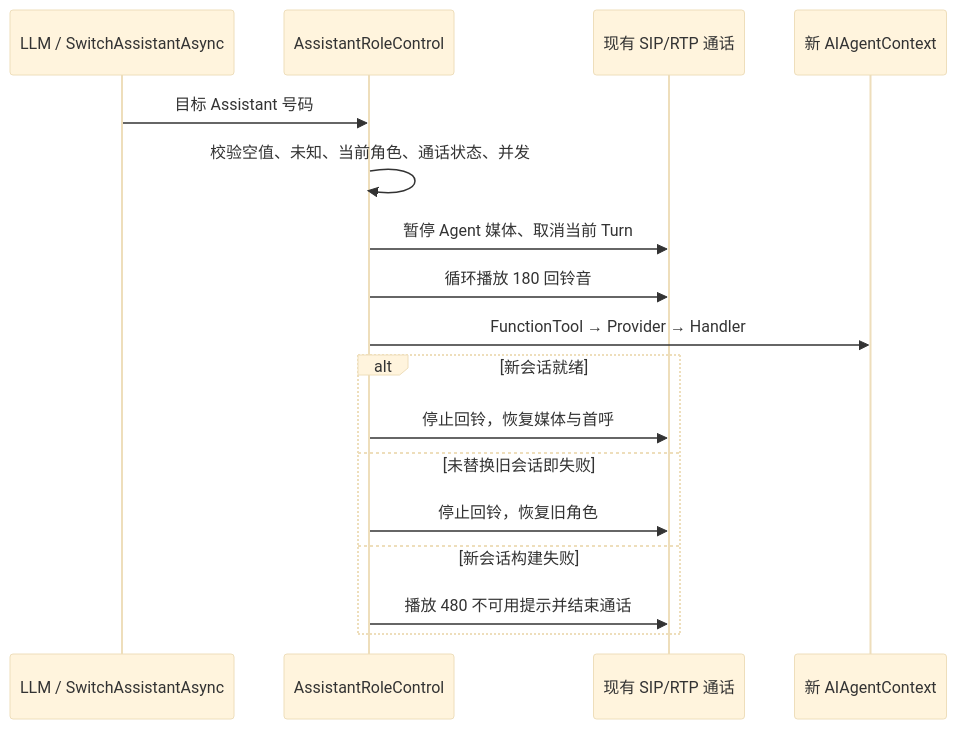
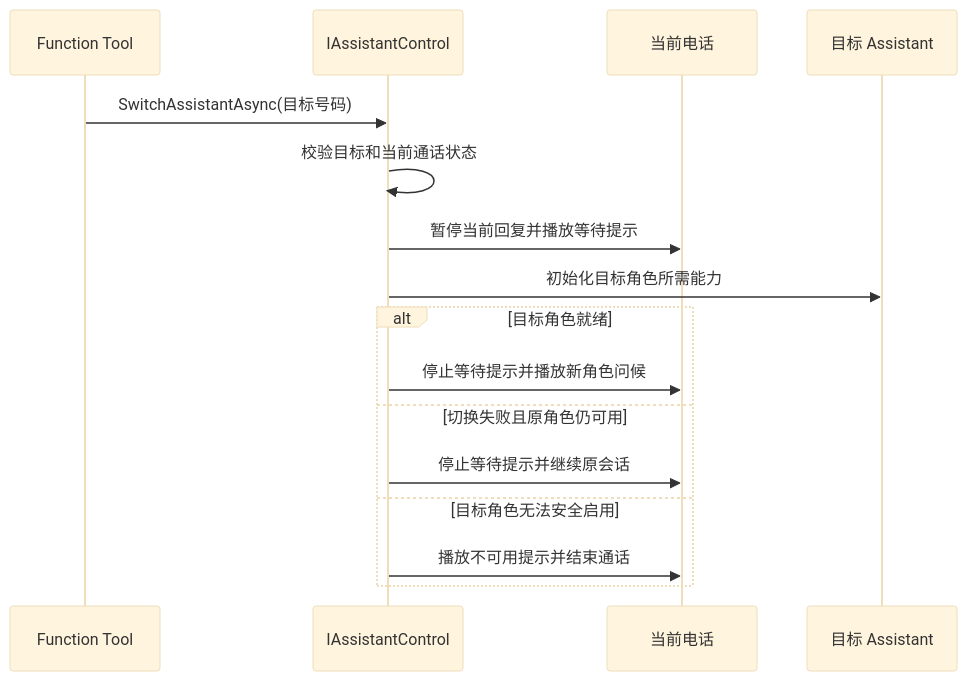
Before and after one commit to mm7h/Agent.Telephone: the third of 3 diagrams in docs/03-系统架构与音频流水线.md, drawn with Mermaid (base theme). The commit also changed other lines of this file and 13 other files, not shown here.

````diff
--- a/docs/03-系统架构与音频流水线.md
+++ b/docs/03-系统架构与音频流水线.md
@@ -95,20 +96,19 @@
 ```mermaid
 sequenceDiagram
-    participant L as LLM / SwitchAssistantAsync
-    participant C as AssistantRoleControl
-    participant P as 现有 SIP/RTP 通话
-    participant N as 新 AIAgentContext
+    participant T as Function Tool
+    participant C as IAssistantControl
+    participant P as 当前电话
+    participant A as 目标 Assistant
 
-    L->>C: 目标 Assistant 号码
-    C->>C: 校验空值、未知、当前角色、通话状态、并发
-    C->>P: 暂停 Agent 媒体、取消当前 Turn
-    C->>P: 循环播放 180 回铃音
-    C->>N: FunctionTool → Provider → Handler
-    alt 新会话就绪
-        C->>P: 停止回铃，恢复媒体与首呼
-    else 未替换旧会话即失败
-        C->>P: 停止回铃，恢复旧角色
-    else 新会话构建失败
-        C->>P: 播放 480 不可用提示并结束通话
+    T->>C: SwitchAssistantAsync(目标号码)
+    C->>C: 校验目标和当前通话状态
+    C->>P: 暂停当前回复并播放等待提示
+    C->>A: 初始化目标角色所需能力
+    alt 目标角色就绪
+        C->>P: 停止等待提示并播放新角色问候
+    else 切换失败且原角色仍可用
+        C->>P: 停止等待提示并继续原会话
+    else 目标角色无法安全启用
+        C->>P: 播放不可用提示并结束通话
     end
 ```
````
